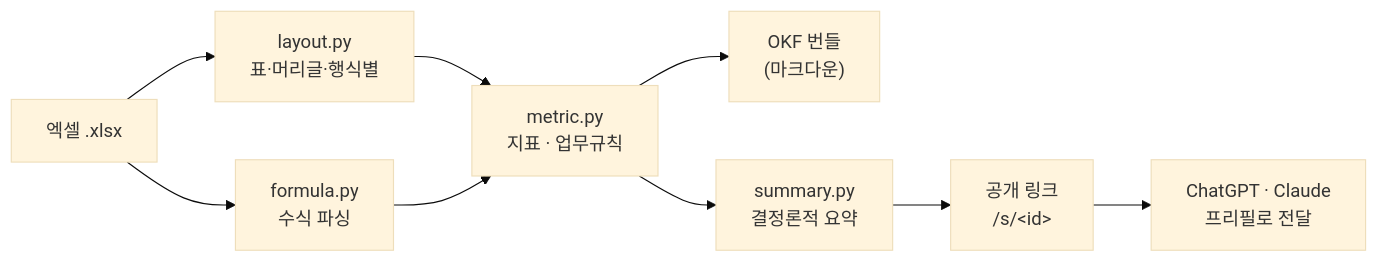
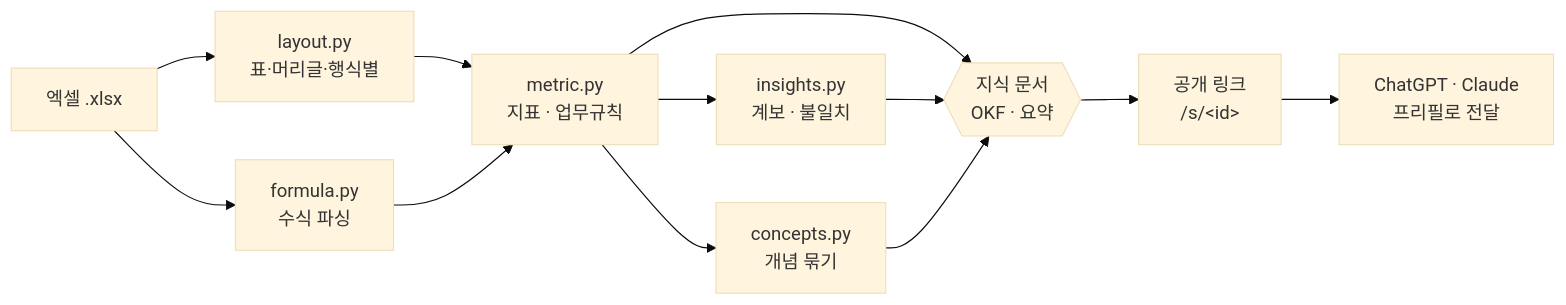
One commit to leahseule/xlmeta changed the diagram in README.md. Above: the diagram before and after it, drawn with Mermaid (base theme). The commit also changed other lines of this file, not shown here.

````diff
--- a/README.md
+++ b/README.md
@@ -34,11 +35,14 @@
 ```mermaid
 flowchart LR
     XL["엑셀 .xlsx"] --> LY["layout.py<br/>표·머리글·행식별"]
     XL --> FO["formula.py<br/>수식 파싱"]
     LY --> ME["metric.py<br/>지표 · 업무규칙"]
     FO --> ME
-    ME --> OK["OKF 번들<br/>(마크다운)"]
-    ME --> SU["summary.py<br/>결정론적 요약"]
-    SU --> SH["공개 링크<br/>/s/&lt;id&gt;"]
+    ME --> IN["insights.py<br/>계보 · 불일치"]
+    ME --> CO["concepts.py<br/>개념 묶기"]
+    ME --> DOC{{"지식 문서<br/>OKF · 요약"}}
+    IN --> DOC
+    CO --> DOC
+    DOC --> SH["공개 링크<br/>/s/&lt;id&gt;"]
     SH --> AI["ChatGPT · Claude<br/>프리필로 전달"]
 ```
````
